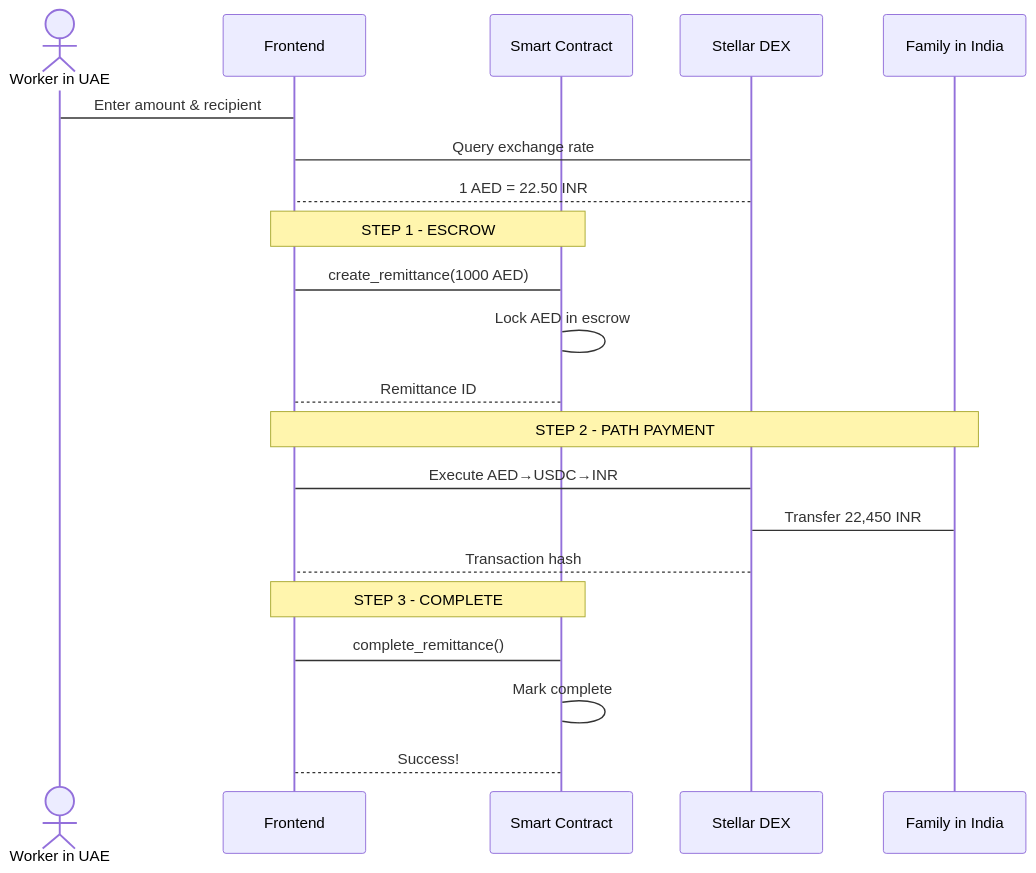
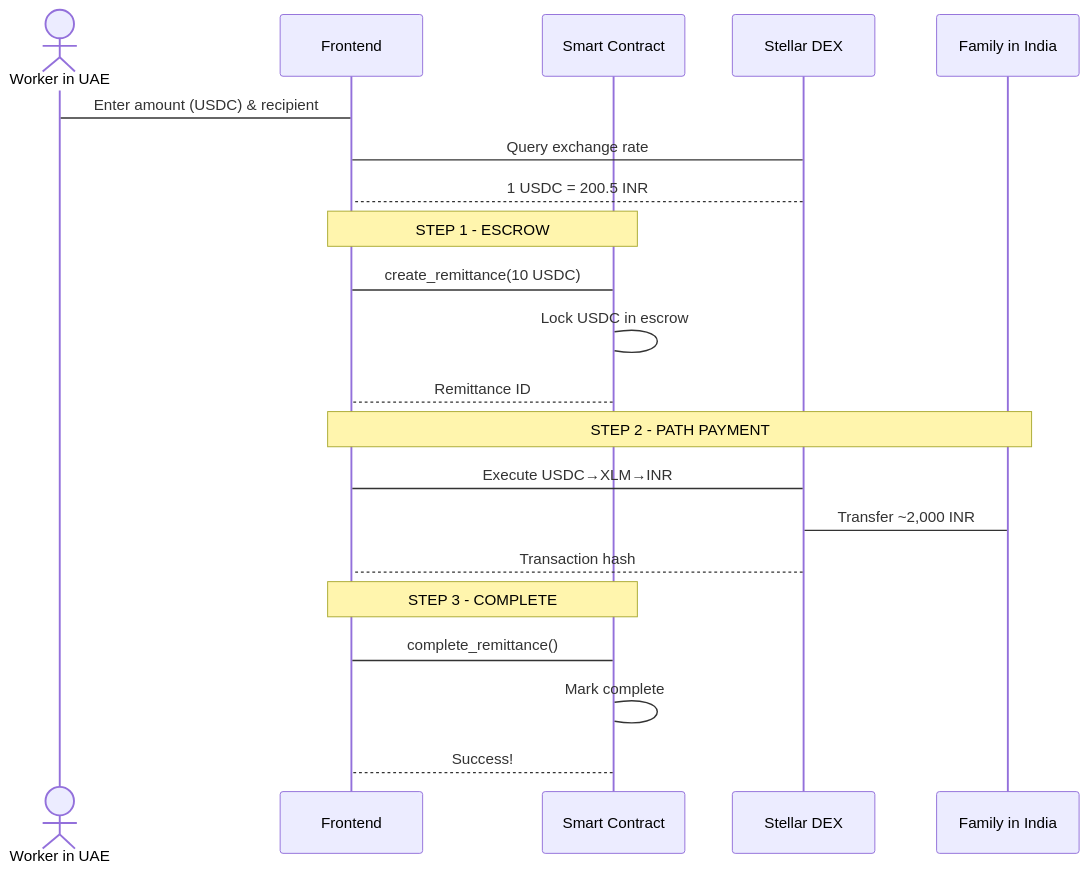
Before and after one commit to Nihal-Pandey-2302/VatanPay: the second of 2 diagrams in README.md, drawn with Mermaid. The commit also changed other lines of this file and 13 other files, not shown here.

````diff
--- a/README.md
+++ b/README.md
@@ -131,27 +149,27 @@
 ```mermaid
 sequenceDiagram
     actor User as Worker in UAE
     participant Frontend
     participant Contract as Smart Contract
     participant DEX as Stellar DEX
     participant Family as Family in India
 
-    User->Frontend: Enter amount & recipient
+    User->Frontend: Enter amount (USDC) & recipient
     Frontend->DEX: Query exchange rate
-    DEX-->Frontend: 1 AED = 22.50 INR
+    DEX-->Frontend: 1 USDC = 200.5 INR
 
     Note over Frontend,Contract: STEP 1 - ESCROW
-    Frontend->Contract: create_remittance(1000 AED)
-    Contract->Contract: Lock AED in escrow
+    Frontend->Contract: create_remittance(10 USDC)
+    Contract->Contract: Lock USDC in escrow
     Contract-->Frontend: Remittance ID
 
     Note over Frontend,Family: STEP 2 - PATH PAYMENT
-    Frontend->DEX: Execute AED→USDC→INR
-    DEX->Family: Transfer 22,450 INR
+    Frontend->DEX: Execute USDC→XLM→INR
+    DEX->Family: Transfer ~2,000 INR
     DEX-->Frontend: Transaction hash
 
     Note over Frontend,Contract: STEP 3 - COMPLETE
     Frontend->Contract: complete_remittance()
     Contract->Contract: Mark complete
     Contract-->Frontend: Success!
 ```
````
